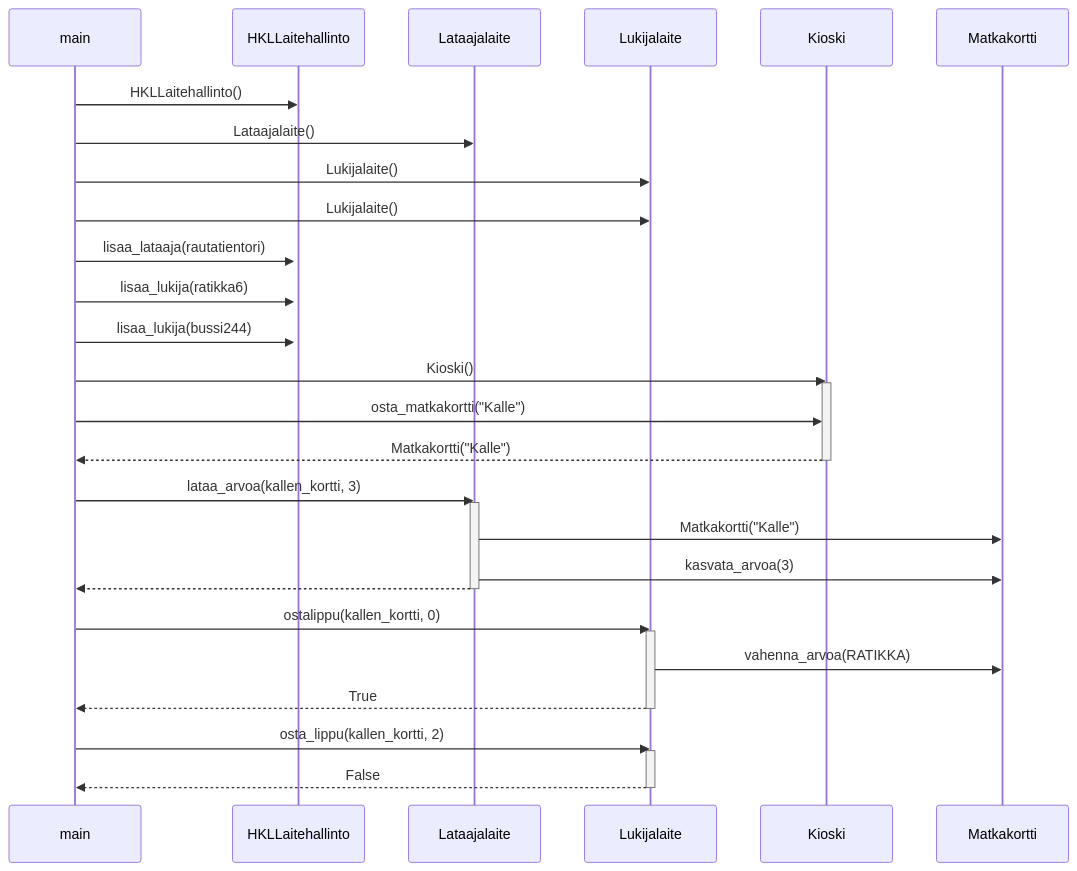
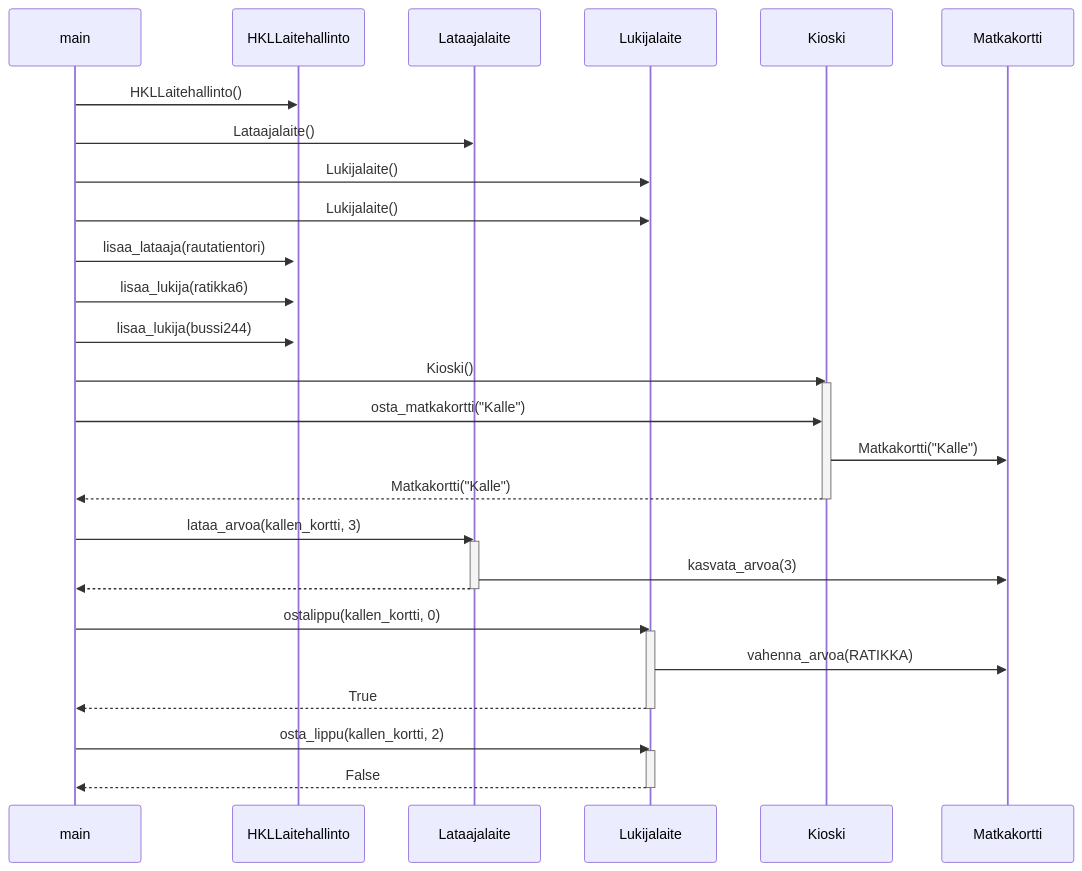
Before and after one commit to brotholi/ot-harjoitustyo: the diagram in laskarit/viikko3/laajempi_sekvenssikaavio.md, drawn with Mermaid.

````diff
--- a/laskarit/viikko3/laajempi_sekvenssikaavio.md
+++ b/laskarit/viikko3/laajempi_sekvenssikaavio.md
@@ -3,46 +3,46 @@
 ```mermaid
 sequenceDiagram
   participant main
   participant HKLLaitehallinto
   participant Lataajalaite
   participant Lukijalaite
   participant Kioski
   participant Matkakortti
   
   main->>HKLLaitehallinto: HKLLaitehallinto()
   activate HKLLaitehallinto
   main->>Lataajalaite: Lataajalaite()
   main->>Lukijalaite: Lukijalaite()
   main->>Lukijalaite: Lukijalaite()
  
   main->>HKLLaitehallinto: lisaa_lataaja(rautatientori)
   main->>HKLLaitehallinto: lisaa_lukija(ratikka6)
   main->>HKLLaitehallinto: lisaa_lukija(bussi244)
   
   main->>Kioski: Kioski()
   activate Kioski
   main->>Kioski: osta_matkakortti("Kalle")
+  Kioski->>Matkakortti: Matkakortti("Kalle")
   Kioski-->>main: Matkakortti("Kalle")
   deactivate Kioski
   
   main->>Lataajalaite: lataa_arvoa(kallen_kortti, 3)
   activate Lataajalaite
-  Lataajalaite->>Matkakortti: Matkakortti("Kalle")
   Lataajalaite->>Matkakortti: kasvata_arvoa(3)
   Lataajalaite-->>main:   
   deactivate Lataajalaite
   
   
   main->>Lukijalaite: ostalippu(kallen_kortti, 0)
   activate Lukijalaite
   Lukijalaite->>Matkakortti: vahenna_arvoa(RATIKKA)
   Lukijalaite-->>main: True
   deactivate Lukijalaite
   
   main->>Lukijalaite: osta_lippu(kallen_kortti, 2)
   activate Lukijalaite
   Lukijalaite-->>main: False
   deactivate Lukijalaite
   
   
   ```
````
